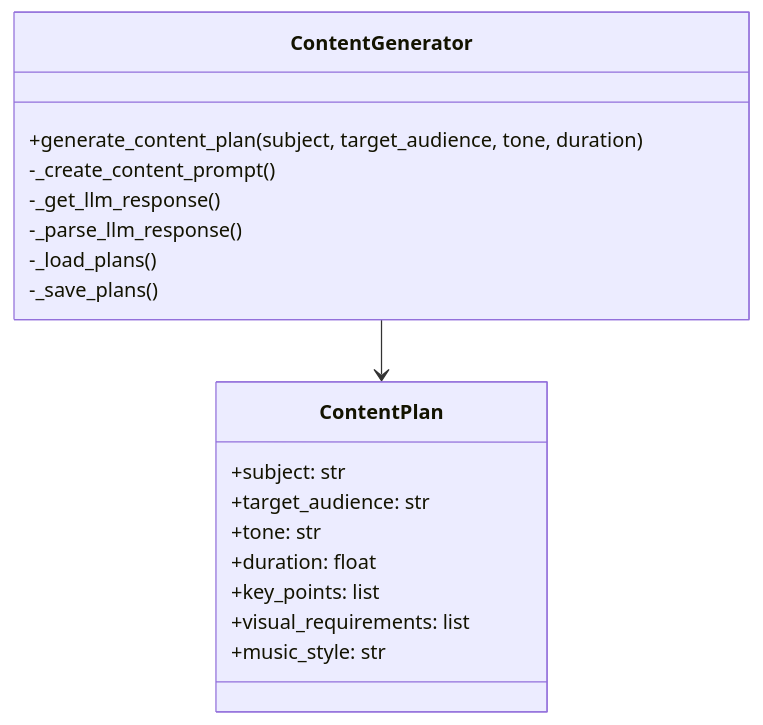
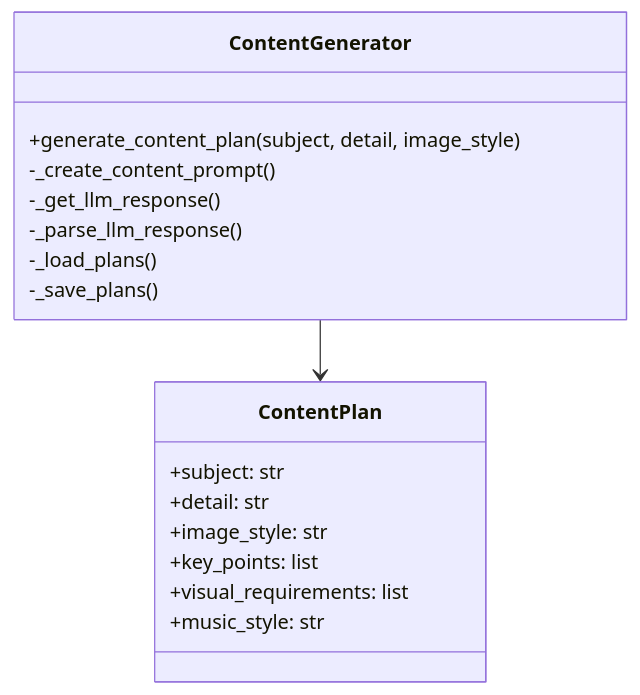
Before and after one commit to taigi0315/ShortFactory: the second of 10 diagrams in docs/ARCHITECTURE.md, drawn with Mermaid. The commit also changed other lines of this file and 12 other files, not shown here.

````diff
--- a/docs/ARCHITECTURE.md
+++ b/docs/ARCHITECTURE.md
@@ -29,23 +29,22 @@
 ```mermaid
 classDiagram
     class ContentGenerator {
-        +generate_content_plan(subject, target_audience, tone, duration)
+        +generate_content_plan(subject, detail, image_style)
         -_create_content_prompt()
         -_get_llm_response()
         -_parse_llm_response()
         -_load_plans()
         -_save_plans()
     }
     
     class ContentPlan {
         +subject: str
-        +target_audience: str
-        +tone: str
-        +duration: float
+        +detail: str
+        +image_style: str
         +key_points: list
         +visual_requirements: list
         +music_style: str
     }
     
     ContentGenerator --> ContentPlan
 ```
````
